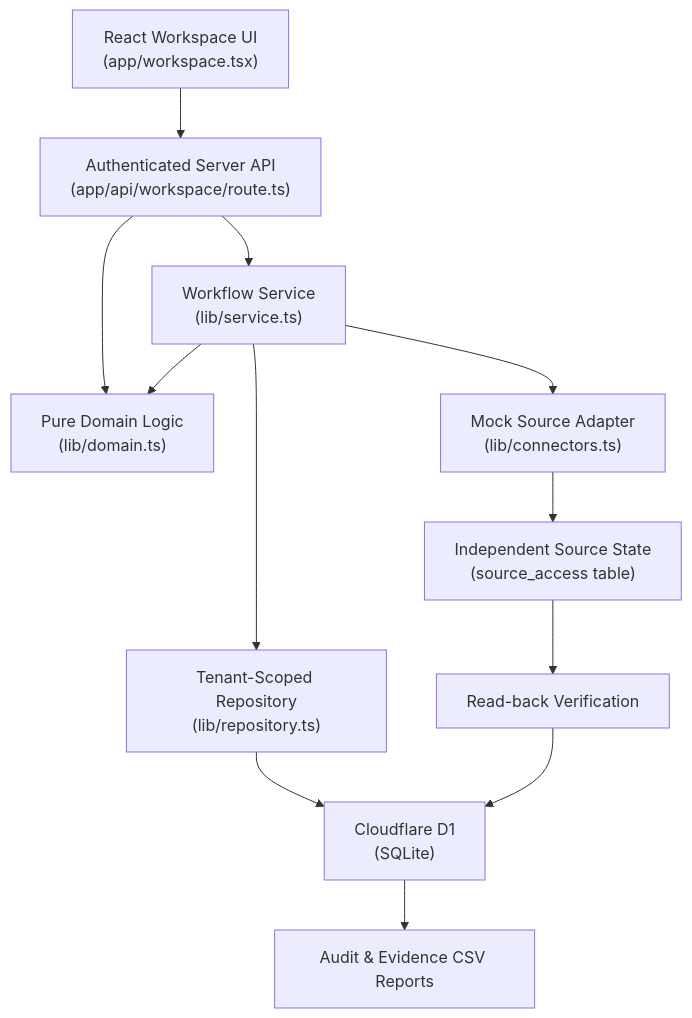
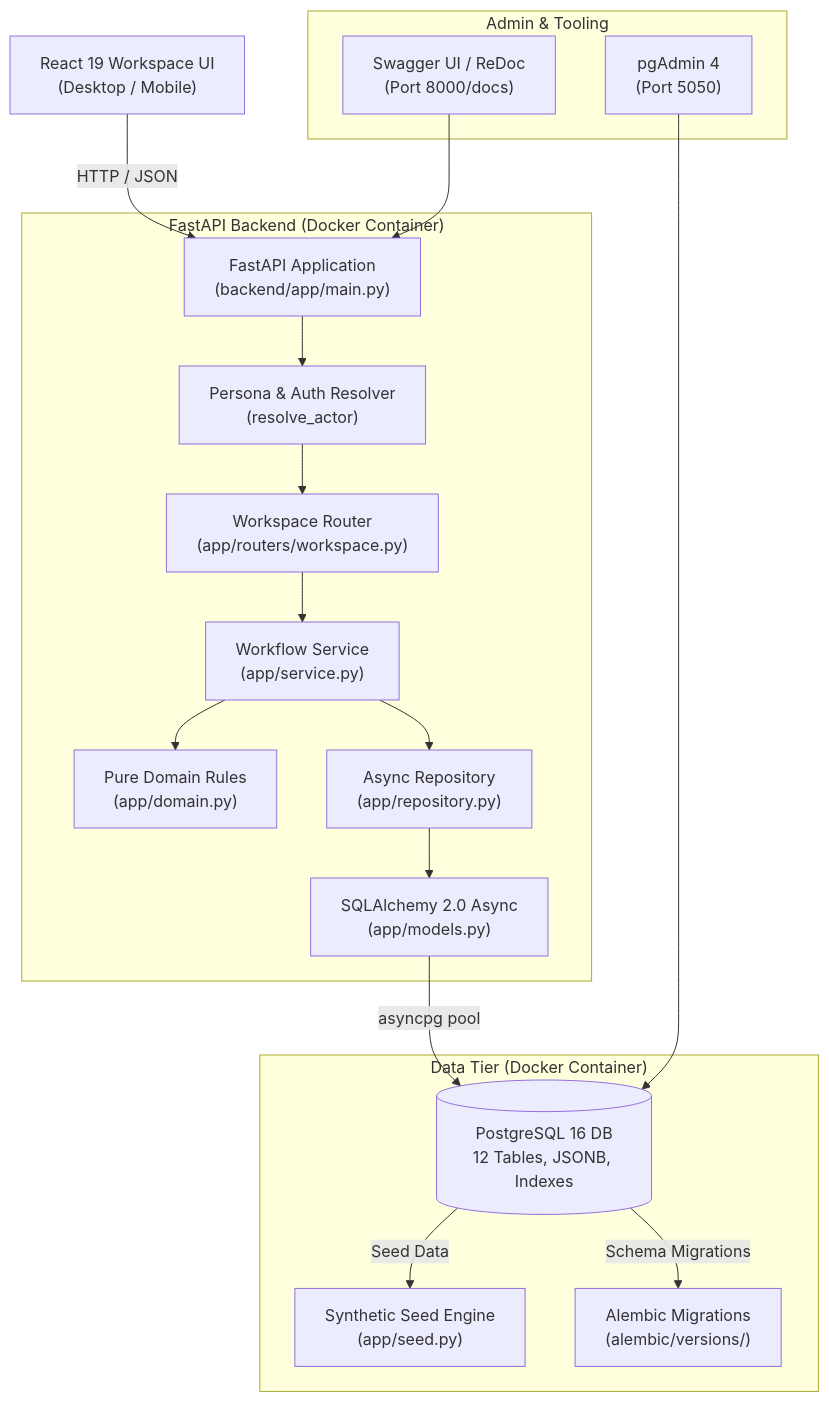
The first of 3 diagrams in .AI/ARCHITECTURE.md (HashanHirantha/Access-Platform), drawn with Mermaid before and after one commit. The commit also changed other lines of this file and 28 other files, not shown here.

Commit message:
feat: add backend API, architecture, and project structure documentation with FastAPI and PostgreSQL schema

````diff
--- a/.AI/ARCHITECTURE.md
+++ b/.AI/ARCHITECTURE.md
@@ -14,14 +31,24 @@
 ```mermaid
 flowchart TD
-    UI["React Workspace UI<br/>(app/workspace.tsx)"] --> API["Authenticated Server API<br/>(app/api/workspace/route.ts)"]
-    API --> Domain["Pure Domain Logic<br/>(lib/domain.ts)"]
-    API --> Service["Workflow Service<br/>(lib/service.ts)"]
-    Service --> Domain
-    Service --> Repo["Tenant-Scoped Repository<br/>(lib/repository.ts)"]
-    Repo --> DB["Cloudflare D1<br/>(SQLite)"]
-    Service --> Adapter["Mock Source Adapter<br/>(lib/connectors.ts)"]
-    Adapter --> Source["Independent Source State<br/>(source_access table)"]
-    Source --> Verify["Read-back Verification"]
-    Verify --> DB
-    DB --> Reports["Audit & Evidence CSV Reports"]
+    Client["React 19 Workspace UI<br/>(Desktop / Mobile)"] -->|HTTP / JSON| API["FastAPI Application<br/>(backend/app/main.py)"]
+    
+    subgraph FastAPI_Backend ["FastAPI Backend (Docker Container)"]
+        API --> Auth["Persona & Auth Resolver<br/>(resolve_actor)"]
+        Auth --> Router["Workspace Router<br/>(app/routers/workspace.py)"]
+        Router --> Service["Workflow Service<br/>(app/service.py)"]
+        Service --> Domain["Pure Domain Rules<br/>(app/domain.py)"]
+        Service --> Repo["Async Repository<br/>(app/repository.py)"]
+        Repo --> ORM["SQLAlchemy 2.0 Async<br/>(app/models.py)"]
+    end
+
+    subgraph Data_Tier ["Data Tier (Docker Container)"]
+        ORM -->|asyncpg pool| PG[("PostgreSQL 16 DB<br/>12 Tables, JSONB, Indexes")]
+        PG -->|Seed Data| Seed["Synthetic Seed Engine<br/>(app/seed.py)"]
+        PG -->|Schema Migrations| Alembic["Alembic Migrations<br/>(alembic/versions/)"]
+    end
+
+    subgraph Monitoring ["Admin & Tooling"]
+        PGAdmin["pgAdmin 4<br/>(Port 5050)"] --> PG
+        Swagger["Swagger UI / ReDoc<br/>(Port 8000/docs)"] --> API
+    end
 ```
````
